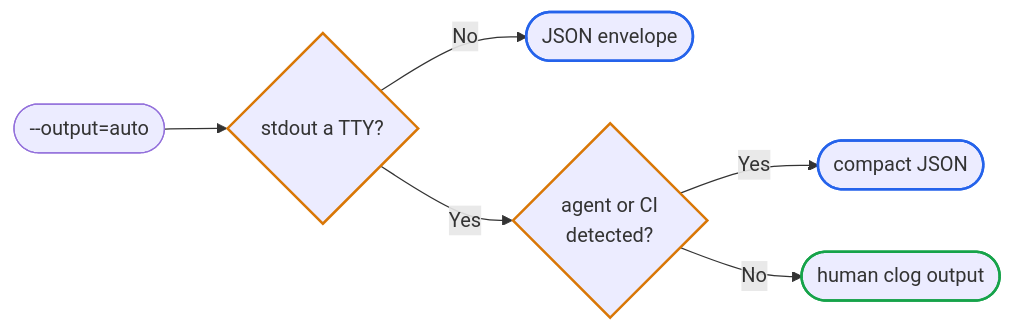
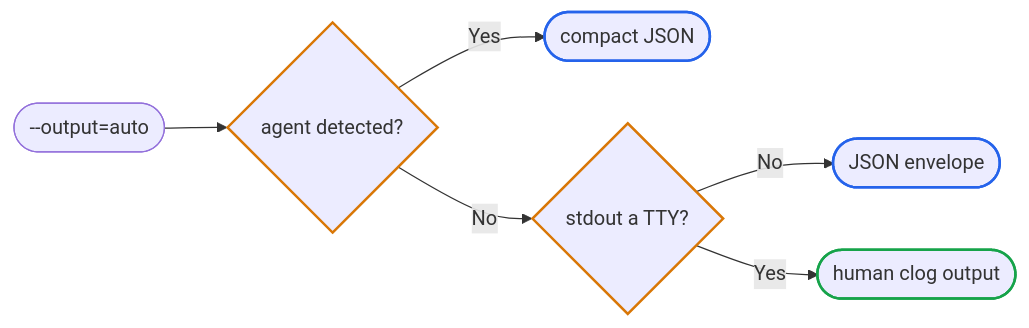
The diagram in docs/output.md (camopy/jira-cli), drawn with Mermaid before and after one commit. The commit also changed other lines of this file and 4 other files, not shown here.

````diff
--- a/docs/output.md
+++ b/docs/output.md
@@ -32,15 +38,15 @@
 ```mermaid
 flowchart LR
-    Input(["--output=auto"]) --> TTY{"stdout a TTY?"}
+    Input(["--output=auto"]) --> Agent{"agent detected?"}
+    Agent -- Yes --> Compact(["compact JSON"])
+    Agent -- No --> TTY{"stdout a TTY?"}
     TTY -- No --> JSON(["JSON envelope"])
-    TTY -- Yes --> Agent{"agent or CI<br>detected?"}
-    Agent -- Yes --> Compact(["compact JSON"])
-    Agent -- No --> Human(["human clog output"])
+    TTY -- Yes --> Human(["human clog output"])
 
     classDef decision stroke:#d97706,stroke-width:2px
     classDef jsonOut  stroke:#2563eb,stroke-width:2px
     classDef humanOut stroke:#16a34a,stroke-width:2px
     class TTY,Agent decision
     class JSON,Compact jsonOut
     class Human humanOut
 ```
````
